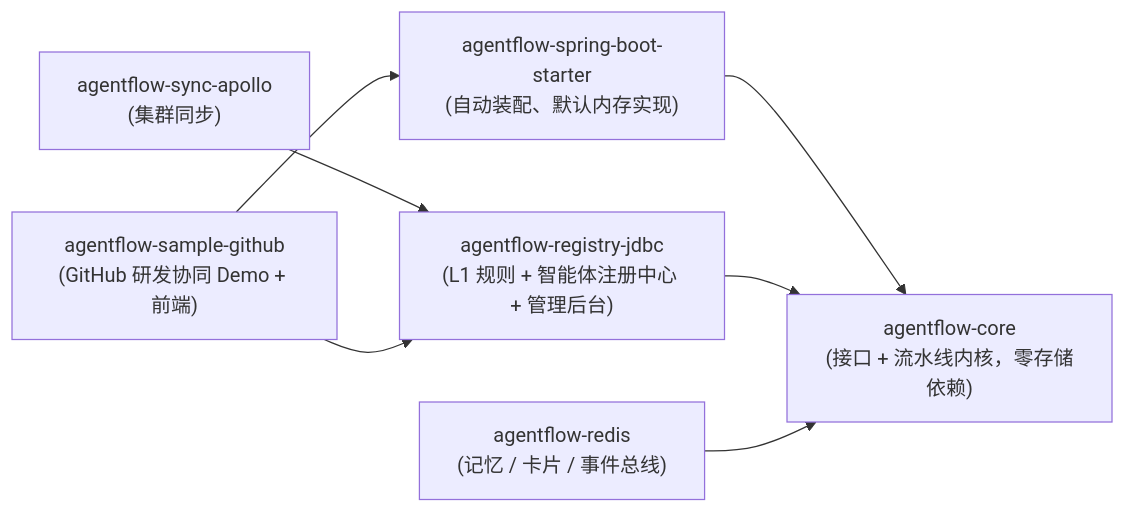
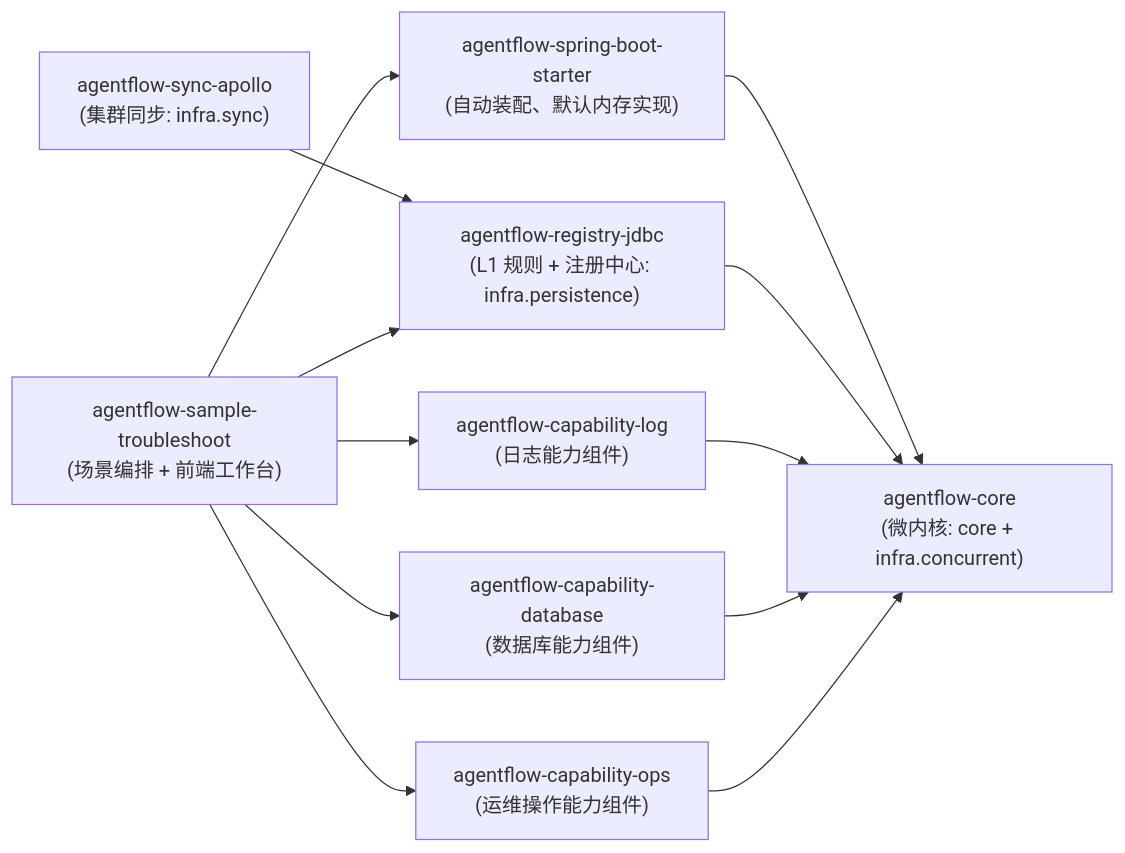
One commit to 1264585648/spring-ai-agentflow changed the sixth of 7 diagrams in docs/07-内核架构设计与演进路线.md. Above: the diagram before and after it, drawn with Mermaid. The commit also changed other lines of this file and 3 other files, not shown here.

````diff
--- a/docs/07-内核架构设计与演进路线.md
+++ b/docs/07-内核架构设计与演进路线.md
@@ -342,15 +426,17 @@
 ```mermaid
 flowchart LR
-    Core["agentflow-core<br/>(接口 + 流水线内核，零存储依赖)"]
+    Core["agentflow-core<br/>(微内核: core + infra.concurrent)"]
     Starter["agentflow-spring-boot-starter<br/>(自动装配、默认内存实现)"]
-    Jdbc["agentflow-registry-jdbc<br/>(L1 规则 + 智能体注册中心 + 管理后台)"]
-    Apollo["agentflow-sync-apollo<br/>(集群同步)"]
-    Redis["agentflow-redis<br/>(记忆 / 卡片 / 事件总线)"]
-    Sample["agentflow-sample-github<br/>(GitHub 研发协同 Demo + 前端)"]
+    Jdbc["agentflow-registry-jdbc<br/>(L1 规则 + 注册中心: infra.persistence)"]
+    Apollo["agentflow-sync-apollo<br/>(集群同步: infra.sync)"]
+    CapLog["agentflow-capability-log<br/>(日志能力组件)"]
+    CapDb["agentflow-capability-database<br/>(数据库能力组件)"]
+    CapOps["agentflow-capability-ops<br/>(运维操作能力组件)"]
+    Sample["agentflow-sample-troubleshoot<br/>(场景编排 + 前端工作台)"]
 
     Starter --> Core
     Jdbc --> Core
     Apollo --> Jdbc
-    Redis --> Core
-    Sample --> Starter & Jdbc
+    CapLog & CapDb & CapOps --> Core
+    Sample --> Starter & Jdbc & CapLog & CapDb & CapOps
 ```
````
